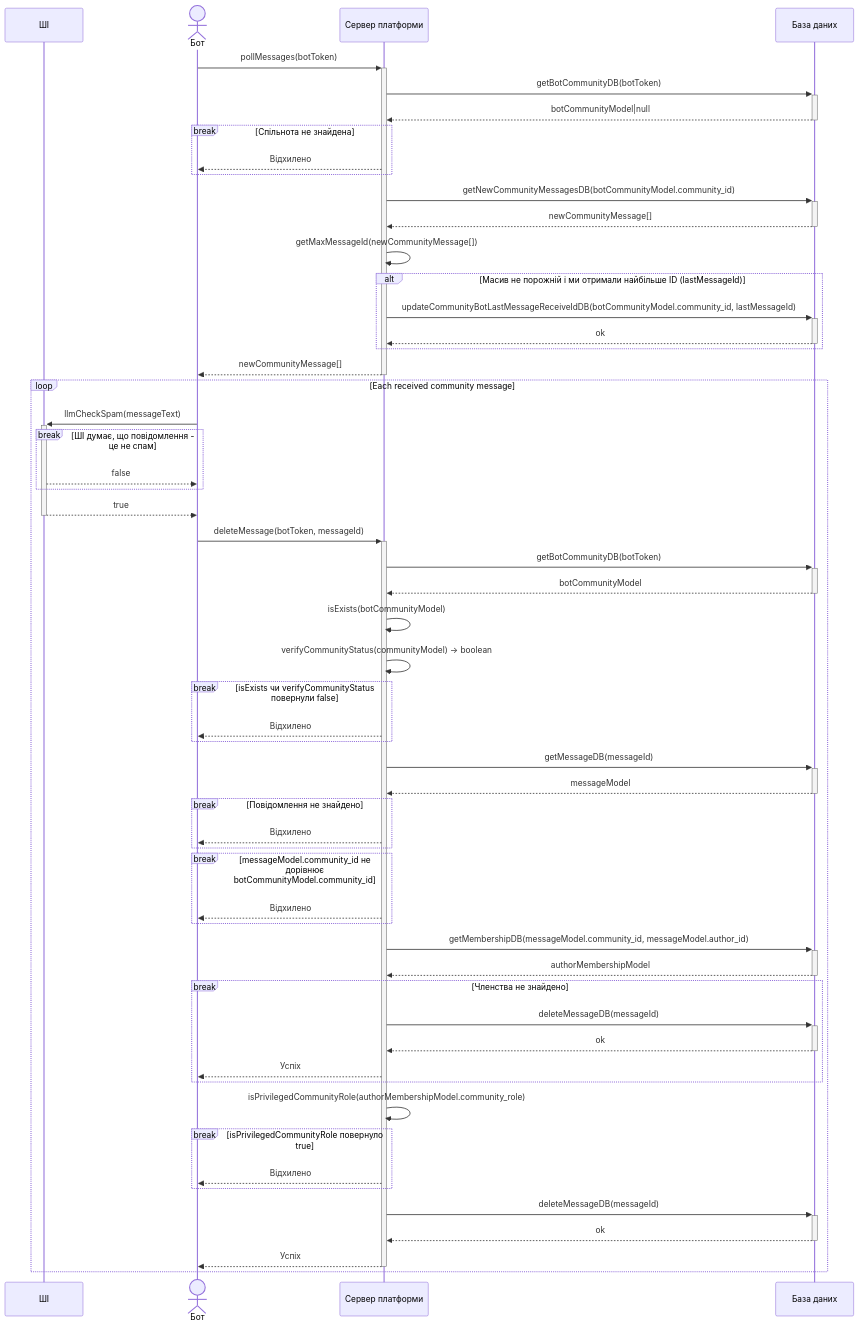
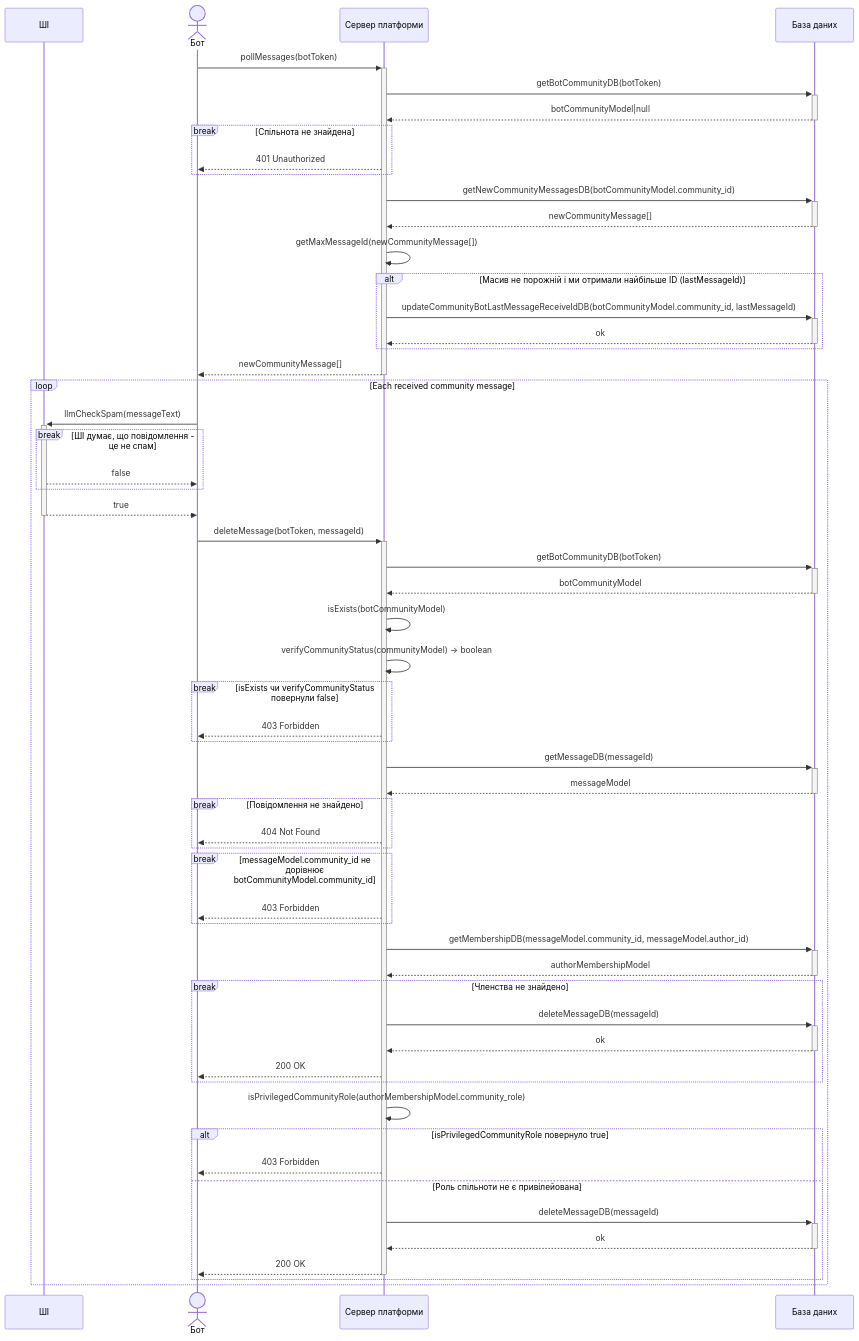
The diagram in models/sequences/us3.mmd (devl0g/KPI_lab3), drawn with Mermaid before and after one commit. The commit also changed 1 other file, not shown here.

Commit message:
feat: http errors from server

```diff
--- a/models/sequences/us3.mmd
+++ b/models/sequences/us3.mmd
@@ -1,73 +1,72 @@
 sequenceDiagram
   participant LLM as ШІ
   actor Bot as Бот
   participant Server as Сервер платформи
   participant DB as База даних
   
   Bot->>+Server: pollMessages(botToken)
   Server->>+DB: getBotCommunityDB(botToken)
   DB-->>-Server: botCommunityModel|null
 
   break Спільнота не знайдена
-    Server-->>Bot: Відхилено
+    Server-->>Bot: 401 Unauthorized
   end
 
   Server->>+DB: getNewCommunityMessagesDB(botCommunityModel.community_id)
   DB-->>-Server: newCommunityMessage[]
   Server->>Server: getMaxMessageId(newCommunityMessage[])
 
   alt Масив не порожній і ми отримали найбільше ID (lastMessageId)
     Server->>+DB: updateCommunityBotLastMessageReceiveIdDB(botCommunityModel.community_id, lastMessageId)
     DB-->>-Server: ok
   end
 
   Server-->>-Bot: newCommunityMessage[]
 
   loop Each received community message
     Bot->>+LLM: llmCheckSpam(messageText)
     break ШІ думає, що повідомлення - це не спам
       LLM-->>Bot: false
     end
 
     LLM-->>-Bot: true
     Bot->>+Server: deleteMessage(botToken, messageId)
     Server->>+DB: getBotCommunityDB(botToken)
     DB-->>-Server: botCommunityModel
     Server->>Server: isExists(botCommunityModel)
     Server->>Server: verifyCommunityStatus(communityModel) -> boolean
 
     break isExists чи verifyCommunityStatus повернули false
-      Server-->>Bot: Відхилено
+      Server-->>Bot: 403 Forbidden
     end
 
     Server->>+DB: getMessageDB(messageId)
     DB-->>-Server: messageModel
 
     break Повідомлення не знайдено
-      Server-->>Bot: Відхилено
+      Server-->>Bot: 404 Not Found
     end
 
     break messageModel.community_id не дорівнює botCommunityModel.community_id
-      Server-->>Bot: Відхилено
+      Server-->>Bot: 403 Forbidden
     end
 
     Server->>+DB: getMembershipDB(messageModel.community_id, messageModel.author_id)
     DB-->>-Server: authorMembershipModel
 
     break Членства не знайдено
       Server->>+DB: deleteMessageDB(messageId)
       DB-->>-Server: ok
-      Server-->>Bot: Успіх
+      Server-->>Bot: 200 OK
     end
 
     Server->>Server: isPrivilegedCommunityRole(authorMembershipModel.community_role)
 
-    break isPrivilegedCommunityRole повернуло true
-      Server-->>Bot: Відхилено
+    alt isPrivilegedCommunityRole повернуло true
+      Server-->>Bot: 403 Forbidden
+    else Роль спільноти не є привілейована
+      Server->>+DB: deleteMessageDB(messageId)
+      DB-->>-Server: ok
+      Server-->>-Bot: 200 OK
     end
-
-    Server->>+DB: deleteMessageDB(messageId)
-    DB-->>-Server: ok
-    Server-->>-Bot: Успіх
-
   end
```
